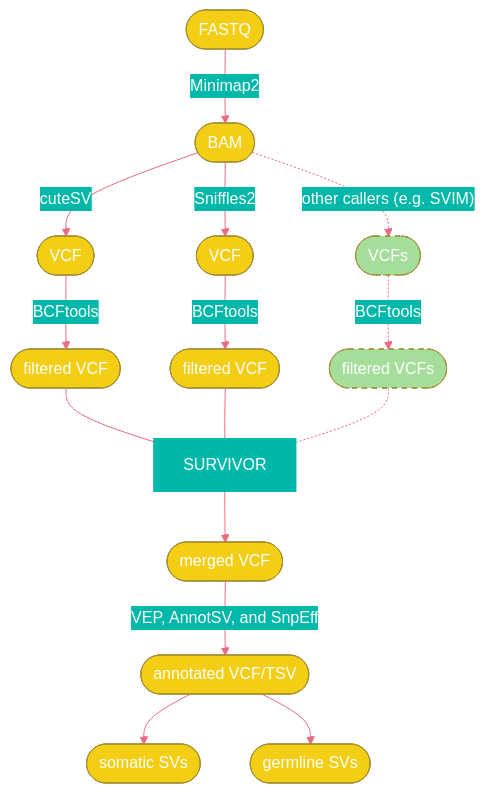
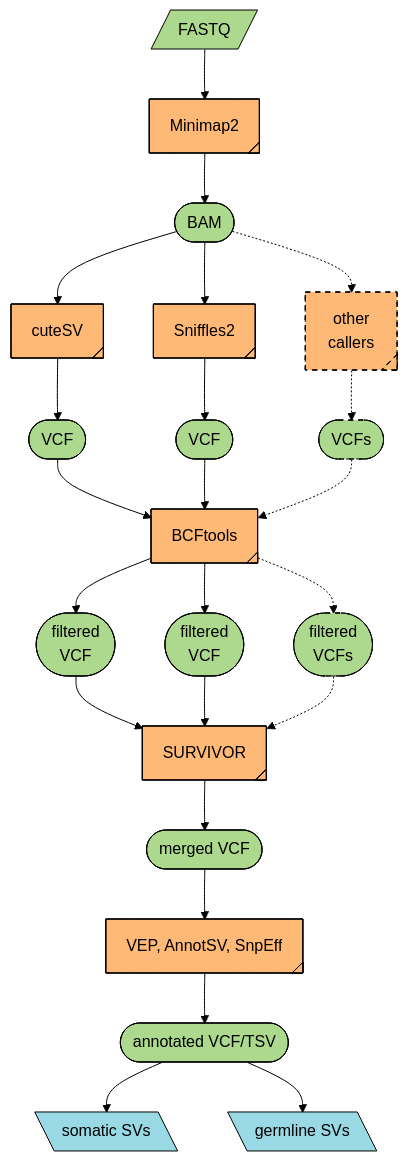
One commit to jasonwong-lab/smk_sv changed the diagram in README.md. Above: the diagram before and after it, drawn with Mermaid.

Commit message:
refactor: Update flowchart styling and structure in README.md

````diff
--- a/README.md
+++ b/README.md
@@ -29,41 +29,75 @@
 ```mermaid
 %%{
   init: {
     'theme': 'base',
     'themeVariables': {
       'fontFamily': 'Comic Sans MS',
-      'primaryColor': '#F4CE14',
-      'primaryTextColor': '#FFFFFF',
-      'lineColor': '#EE6983',
-      'secondaryColor': '#00B8A9',
-      'tertiaryColor': '#FFFFFF'
+      'primaryColor': '#ACD98DFF',
+      'primaryTextColor': 'black',
+      'lineColor': 'black',
+      'secondaryColor': 'grey',
+      'tertiaryColor': '#EEEEEE'
     }
   }
 }%%
 
 flowchart TD
 
-  classDef myclass fill:#00B8A9, stroke-width:0px, padding:0px, margin:0px;
-  classDef myclass2 fill:#A5DD9B, stroke-dasharray:5 5;
+  classDef norm stroke-width: 1px, stroke: black;
+  classDef tool fill: #FFB977FF, padding: 0px, margin: 0px, stroke-width: 1px, stroke: black;
+  classDef other_file stroke-dasharray: 5 5, stroke-width: 1px, stroke: black;
+  classDef other_tool fill: #FFB977FF, padding: 0px, margin: 0px, stroke-dasharray: 5 5, stroke-width: 1px, stroke: black;
+  classDef output fill: #98D9E4FF, stroke-width: 1px, stroke: black;
 
-  fastq([FASTQ]) -- Minimap2 --> bam([BAM])
-  bam([BAM]) -- cuteSV --> cutesv_vcf([VCF])
-  bam([BAM]) -- Sniffles2 --> sniffles2_vcf([VCF])
-  cutesv_vcf([VCF]) -- BCFtools --> cutesv_filtered_vcf([filtered VCF])
-  sniffles2_vcf([VCF]) -- BCFtools --> sniffles2_filtered_vcf([filtered VCF])
-  cutesv_filtered_vcf([filtered VCF]) --- survivor["SURVIVOR"]
-  sniffles2_filtered_vcf([filtered VCF]) --- survivor["SURVIVOR"]
-  survivor["SURVIVOR"] --> merged_vcf([merged VCF])
-  merged_vcf([merged VCF]) -- VEP, AnnotSV, and SnpEff --> annotated_vcf([annotated VCF/TSV])
-  annotated_vcf([annotated VCF/TSV]) --> somatic_vcf([somatic SVs])
-  annotated_vcf([annotated VCF/TSV]) --> germline_vcf([germline SVs])
+  fastq@{ shape: lean-r, label: "FASTQ" }
+  bam([BAM])
+  cutesv_vcf([VCF])
+  sniffles2_vcf([VCF])
+  cutesv_filtered_vcf([filtered
+  VCF])
+  sniffles2_filtered_vcf([filtered
+  VCF])
+  merged_vcf([merged VCF])
+  annotated_vcf([annotated VCF/TSV])
+  somatic_vcf@{ shape: lean-l, label: "somatic SVs" }
+  germline_vcf@{ shape: lean-l, label: "germline SVs" }
+  other_vcfs([VCFs])
+  other_filtered_vcf([filtered
+  VCFs])
+  minimap2@{ shape: tag-rect, label: "Minimap2" }
+  cutesv@{ shape: tag-rect, label: "cuteSV"  }
+  sniffles2@{ shape: tag-rect, label: " Sniffles2 " }
+  other_callers@{ shape: tag-rect, label: "other\ncallers" }
+  bcftools@{ shape: tag-rect, label: "BCFtools" }
+  survivor@{ shape: tag-rect, label: "SURVIVOR" }
+  anno_tools@{ shape: tag-rect, label: "VEP, AnnotSV, SnpEff" }
 
-  bam([BAM]) -. "other callers (e.g. SVIM)" .-> other_vcfs([VCFs])
-  other_vcfs([VCFs]) -. BCFtools .-> other_filtered_vcf([filtered VCFs])
+  fastq:::norm
+  bam:::norm
+  cutesv_vcf:::norm
+  sniffles2_vcf:::norm
+  other_vcfs:::other_file
+  cutesv_filtered_vcf:::norm
+  sniffles2_filtered_vcf:::norm
+  other_filtered_vcf:::other_file
+  merged_vcf:::norm
+  annotated_vcf:::norm
+  somatic_vcf:::output
+  germline_vcf:::output
 
-  other_filtered_vcf([filtered VCFs]) -.- survivor["SURVIVOR"]
+  minimap2:::tool
+  cutesv:::tool
+  sniffles2:::tool
+  other_callers:::other_tool
+  bcftools:::tool
+  survivor:::tool
+  anno_tools:::tool
 
-  survivor:::myclass
-  other_vcfs:::myclass2
-  other_filtered_vcf:::myclass2
+  fastq --> minimap2 --> bam
+  bam --> cutesv --> cutesv_vcf --> bcftools --> cutesv_filtered_vcf --> survivor
+  bam --> sniffles2 --> sniffles2_vcf --> bcftools --> sniffles2_filtered_vcf --> survivor
+  bam -.-> other_callers -.-> other_vcfs -.-> bcftools -.-> other_filtered_vcf -.-> survivor
+  survivor --> merged_vcf --> anno_tools --> annotated_vcf
+  annotated_vcf --> somatic_vcf
+  annotated_vcf --> germline_vcf
 ```
````
